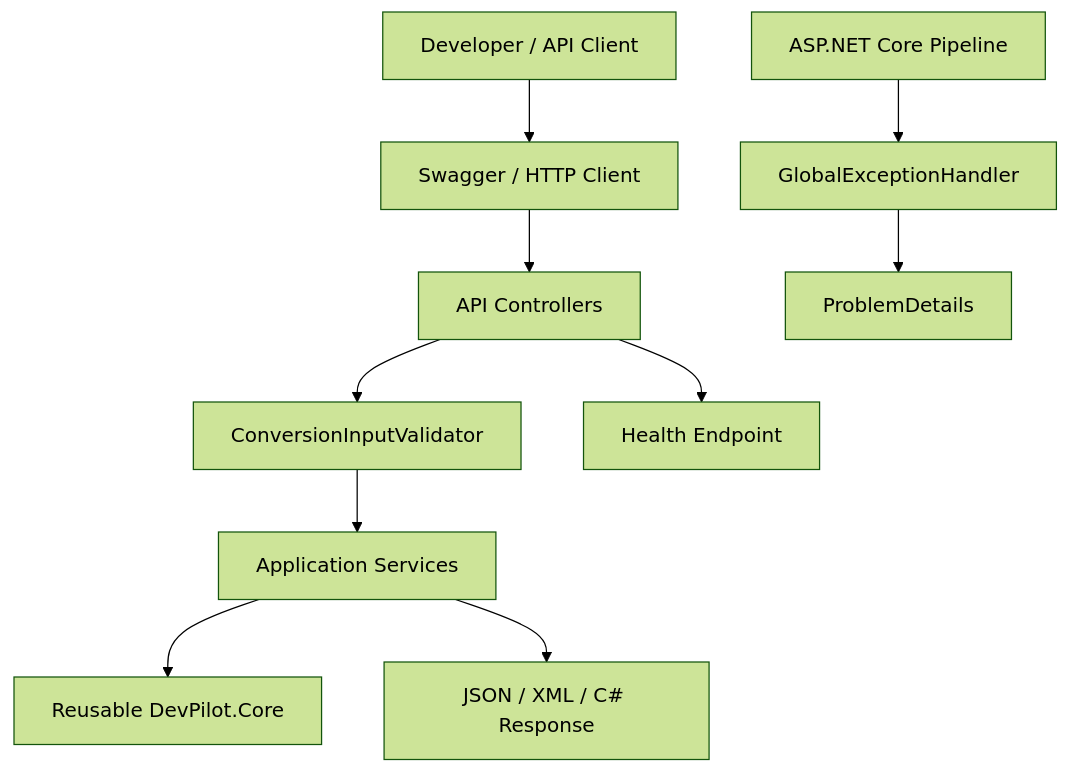
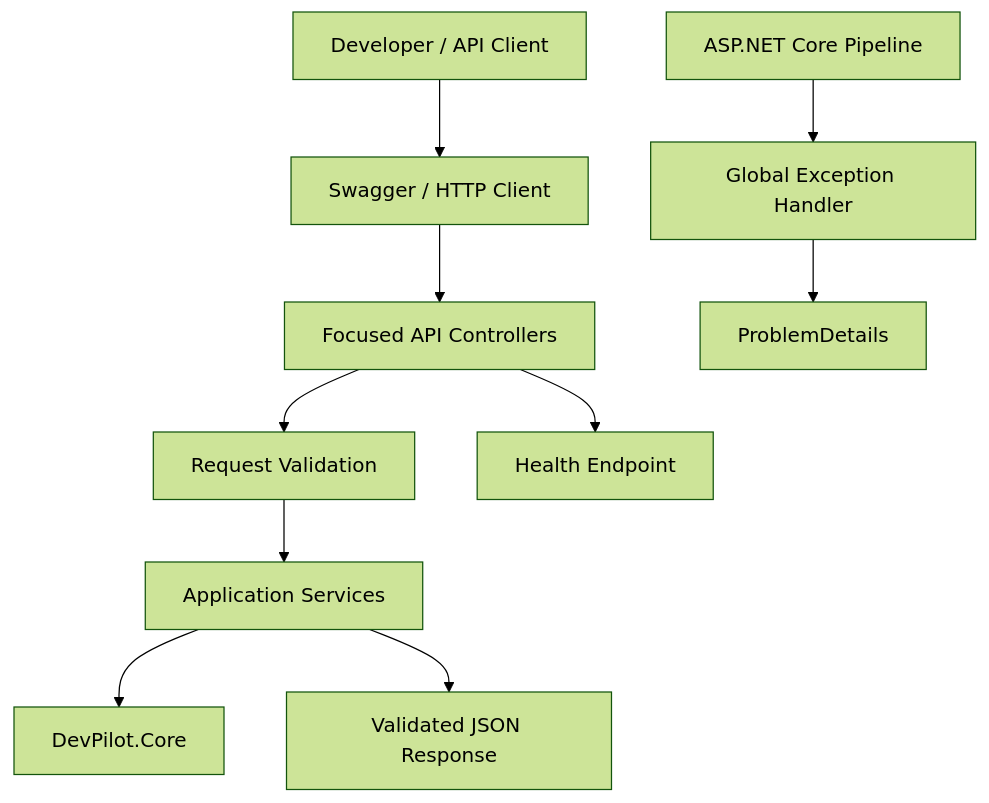
The first of 3 diagrams in docs/architecture.md (azam123/DevPilot), drawn with Mermaid (forest theme) before and after one commit. The commit also changed other lines of this file, not shown here.

Commit message:
docs: document utility request flow

````diff
--- a/docs/architecture.md
+++ b/docs/architecture.md
@@ -5,12 +5,12 @@
 ```mermaid
 flowchart TD
     Client[Developer / API Client] --> Swagger[Swagger / HTTP Client]
-    Swagger --> Controllers[API Controllers]
-    Controllers --> Validator[ConversionInputValidator]
-    Validator --> Services[Application Services]
-    Services --> Core[Reusable DevPilot.Core]
+    Swagger --> Controllers[Focused API Controllers]
+    Controllers --> Validation[Request Validation]
+    Validation --> Services[Application Services]
+    Services --> Core[DevPilot.Core]
     Controllers --> Health[Health Endpoint]
-    App[ASP.NET Core Pipeline] --> Handler[GlobalExceptionHandler]
+    App[ASP.NET Core Pipeline] --> Handler[Global Exception Handler]
     Handler --> Problem[ProblemDetails]
-    Services --> Response[JSON / XML / C# Response]
+    Services --> Response[Validated JSON Response]
 ```
````
